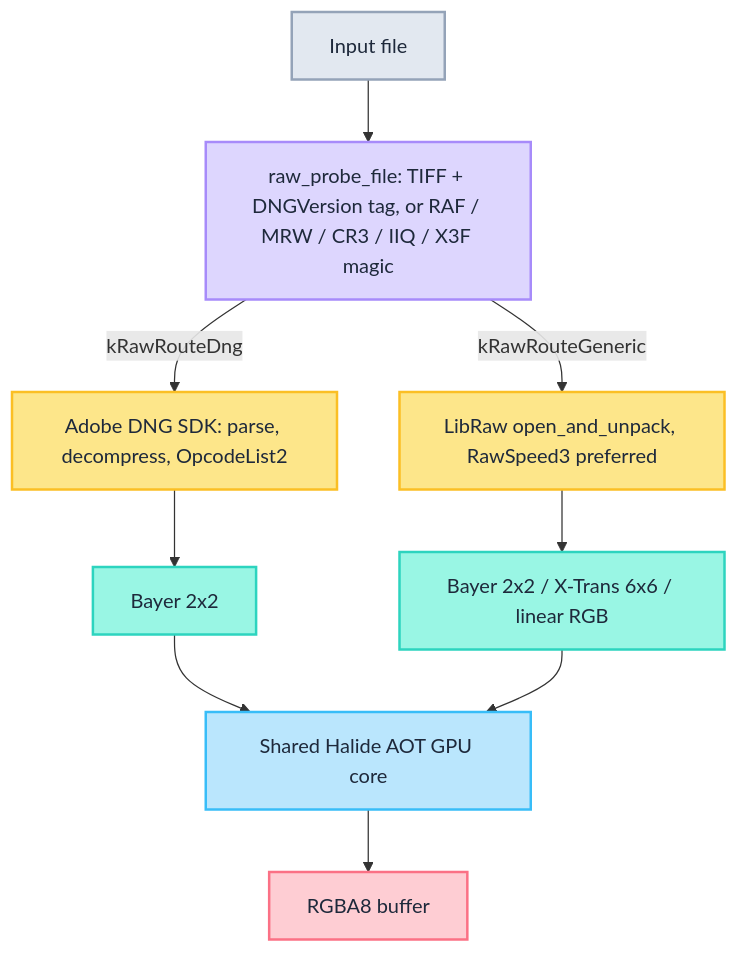
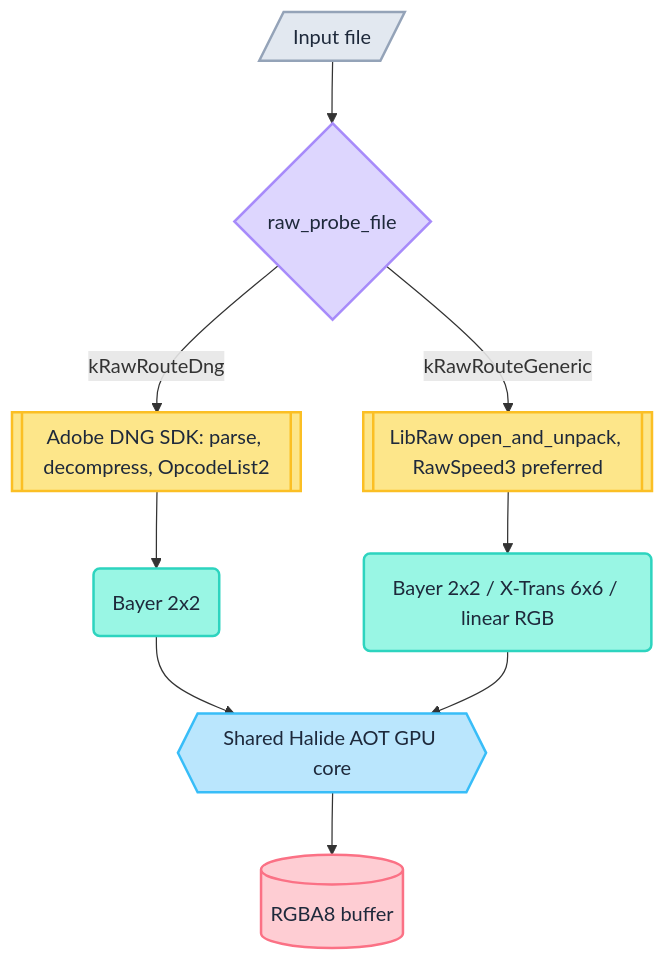
One commit to jhangyu/ceyx changed the second of 3 diagrams in README.md. Above: the diagram before and after it, drawn with Mermaid. The commit also changed other lines of this file, not shown here.

First line of the commit message:
docs(readme): give mermaid nodes semantic shapes

````diff
--- a/README.md
+++ b/README.md
@@ -218,25 +219,25 @@
 ```mermaid
 flowchart TD
-    A["Input file"] --> P["raw_probe_file: TIFF + DNGVersion tag, or RAF / MRW / CR3 / IIQ / X3F magic"]
-    P -->|kRawRouteDng| DNGR["Adobe DNG SDK: parse, decompress, OpcodeList2"]
-    P -->|kRawRouteGeneric| GENR["LibRaw open_and_unpack, RawSpeed3 preferred"]
-    DNGR --> L1["Bayer 2x2"]
-    GENR --> L2["Bayer 2x2 / X-Trans 6x6 / linear RGB"]
-    L1 --> GPU["Shared Halide AOT GPU core"]
+    A[/"Input file"/] --> P{"raw_probe_file"}
+    P -->|kRawRouteDng| DNGR[["Adobe DNG SDK: parse, decompress, OpcodeList2"]]
+    P -->|kRawRouteGeneric| GENR[["LibRaw open_and_unpack, RawSpeed3 preferred"]]
+    DNGR --> L1("Bayer 2x2")
+    GENR --> L2("Bayer 2x2 / X-Trans 6x6 / linear RGB")
+    L1 --> GPU{{"Shared Halide AOT GPU core"}}
     L2 --> GPU
-    GPU --> OUT["RGBA8 buffer"]
+    GPU --> OUT[("RGBA8 buffer")]
 
     classDef input fill:#e2e8f0,stroke:#94a3b8,stroke-width:2px,color:#1e293b
     classDef probe fill:#ddd6fe,stroke:#a78bfa,stroke-width:2px,color:#1e293b
     classDef cpu fill:#fde68a,stroke:#fbbf24,stroke-width:2px,color:#1e293b
     classDef layout fill:#99f6e4,stroke:#2dd4bf,stroke-width:2px,color:#1e293b
     classDef gpu fill:#bae6fd,stroke:#38bdf8,stroke-width:2px,color:#1e293b
     classDef output fill:#fecdd3,stroke:#fb7185,stroke-width:2px,color:#1e293b
 
     class A input
     class P probe
     class DNGR,GENR cpu
     class L1,L2 layout
     class GPU gpu
     class OUT output
 ```
````
